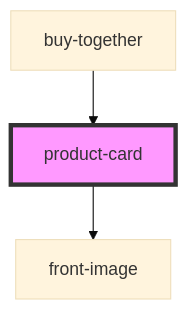
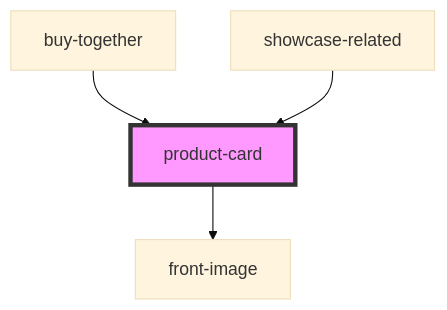
One commit to commerce-suite/storefront-components changed the diagram in src/components/ui/product-card/readme.md. Above: the diagram before and after it, drawn with Mermaid (base theme). The commit also changed other lines of this file and 17 other files, not shown here.

````diff
--- a/src/components/ui/product-card/readme.md
+++ b/src/components/ui/product-card/readme.md
@@ -27,6 +28,7 @@
 ```mermaid
 graph TD;
   product-card --> front-image
   buy-together --> product-card
+  showcase-related --> product-card
   style product-card fill:#f9f,stroke:#333,stroke-width:4px
 ```
````
